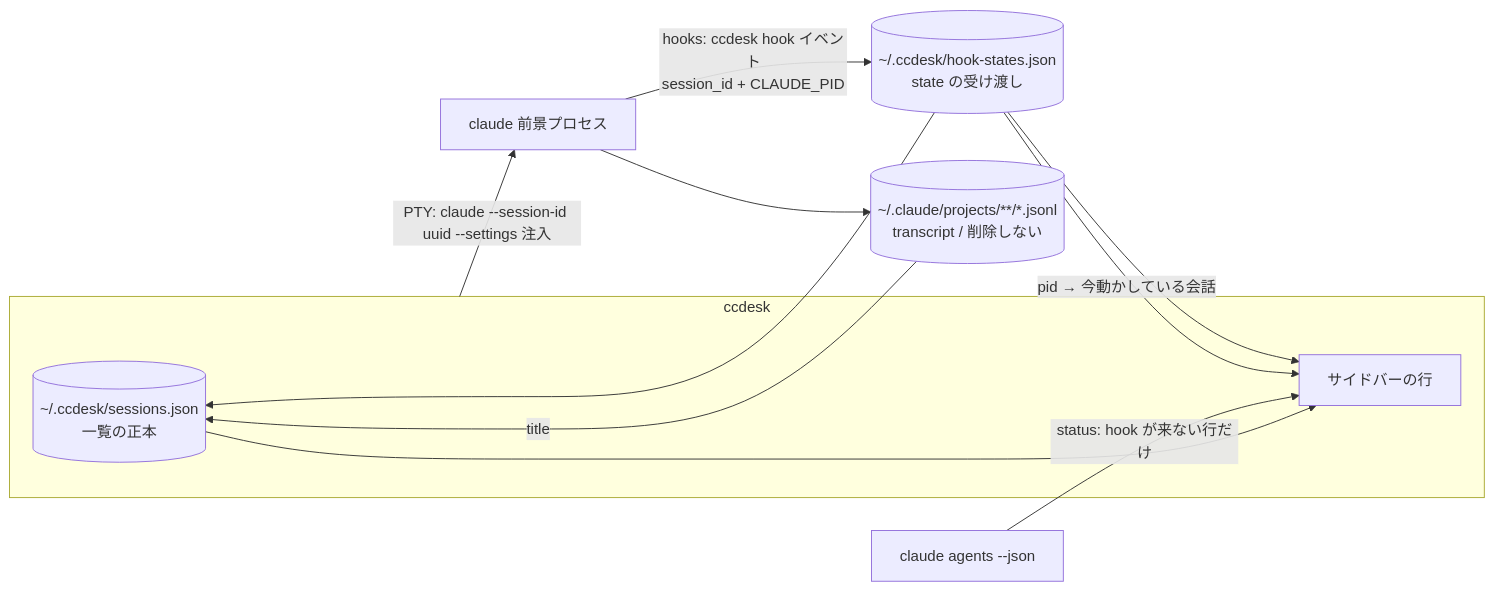
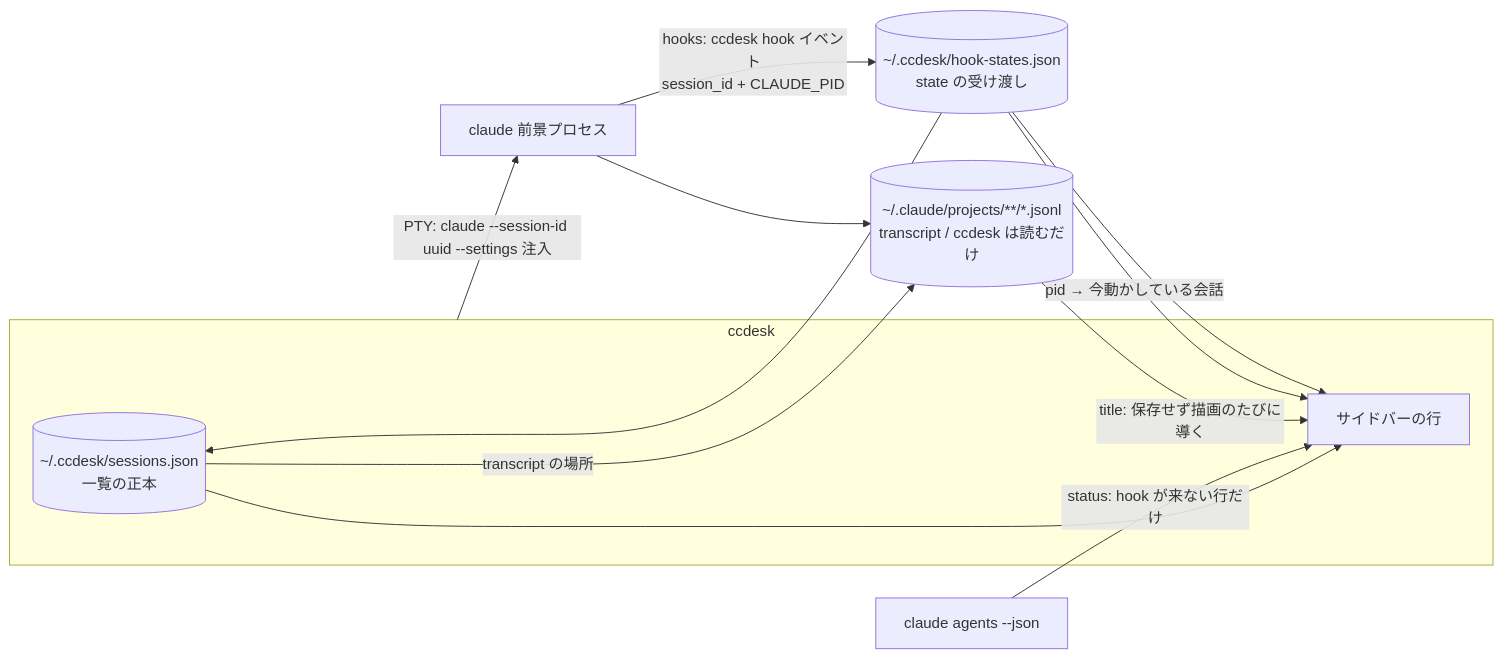
Before and after one commit to HRYooba/ccdesk: the second of 2 diagrams in docs/foreground-migration.md, drawn with Mermaid. The commit also changed other lines of this file and 14 other files, not shown here.

````diff
--- a/docs/foreground-migration.md
+++ b/docs/foreground-migration.md
@@ -72,16 +77,17 @@
 ```mermaid
 flowchart LR
     subgraph ccdesk
         store[(~/.ccdesk/sessions.json<br/>一覧の正本)]
         rows[サイドバーの行]
     end
     ccdesk -->|PTY: claude --session-id uuid --settings 注入| child[claude 前景プロセス]
-    child --> jsonl[(~/.claude/projects/**/*.jsonl<br/>transcript / 削除しない)]
+    child --> jsonl[(~/.claude/projects/**/*.jsonl<br/>transcript / ccdesk は読むだけ)]
     child -->|hooks: ccdesk hook イベント<br/>session_id + CLAUDE_PID| hookstates[(~/.ccdesk/hook-states.json<br/>state の受け渡し)]
     hookstates --> rows
     hookstates --> store
     hookstates -->|pid → 今動かしている会話| rows
-    jsonl -->|title| store
+    jsonl -->|title: 保存せず描画のたびに導く| rows
+    store -->|transcript の場所| jsonl
     agents[claude agents --json] -->|status: hook が来ない行だけ| rows
     store --> rows
 ```
````
